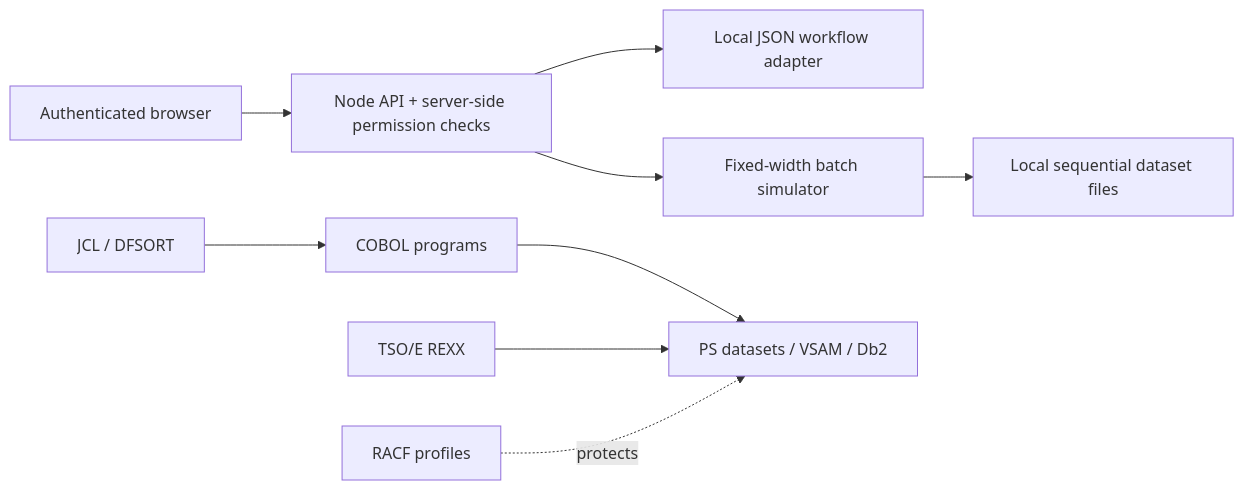
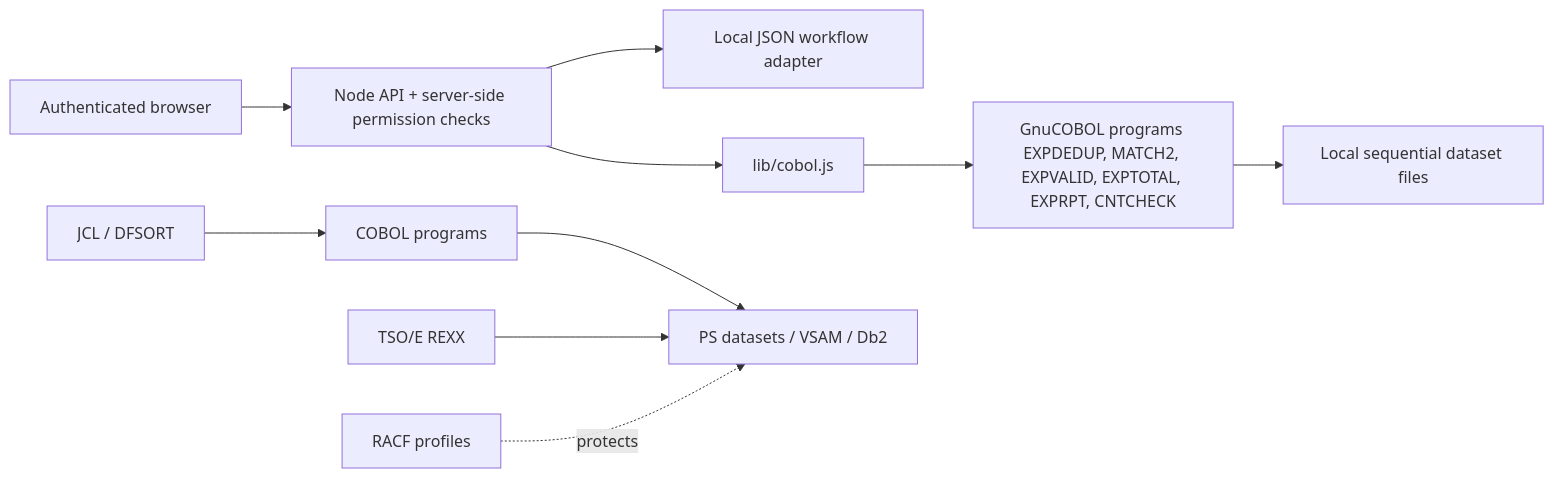
The diagram in docs/REQUIREMENT-VERIFICATION.md (oshanmitkari/ORGANIZATION_EXPENSE_TRACKER_MAINFRAME), drawn with Mermaid before and after one commit. The commit also changed other lines of this file and 84 other files, not shown here.

````diff
--- a/docs/REQUIREMENT-VERIFICATION.md
+++ b/docs/REQUIREMENT-VERIFICATION.md
@@ -31,11 +33,12 @@
 ```mermaid
 flowchart LR
   Browser[Authenticated browser] --> Session[Node API + server-side permission checks]
   Session --> Workflow[Local JSON workflow adapter]
-  Session --> Pipeline[Fixed-width batch simulator]
-  Pipeline --> Files[Local sequential dataset files]
+  Session --> Adapter[lib/cobol.js]
+  Adapter --> LocalCOBOL[GnuCOBOL programs EXPDEDUP, MATCH2, EXPVALID, EXPTOTAL, EXPRPT, CNTCHECK]
+  LocalCOBOL --> Files[Local sequential dataset files]
   JCL[JCL / DFSORT] --> COBOL[COBOL programs]
   COBOL --> MainframeData[PS datasets / VSAM / Db2]
   REXX[TSO/E REXX] --> MainframeData
   RACF[RACF profiles] -. protects .-> MainframeData
 ```
````
